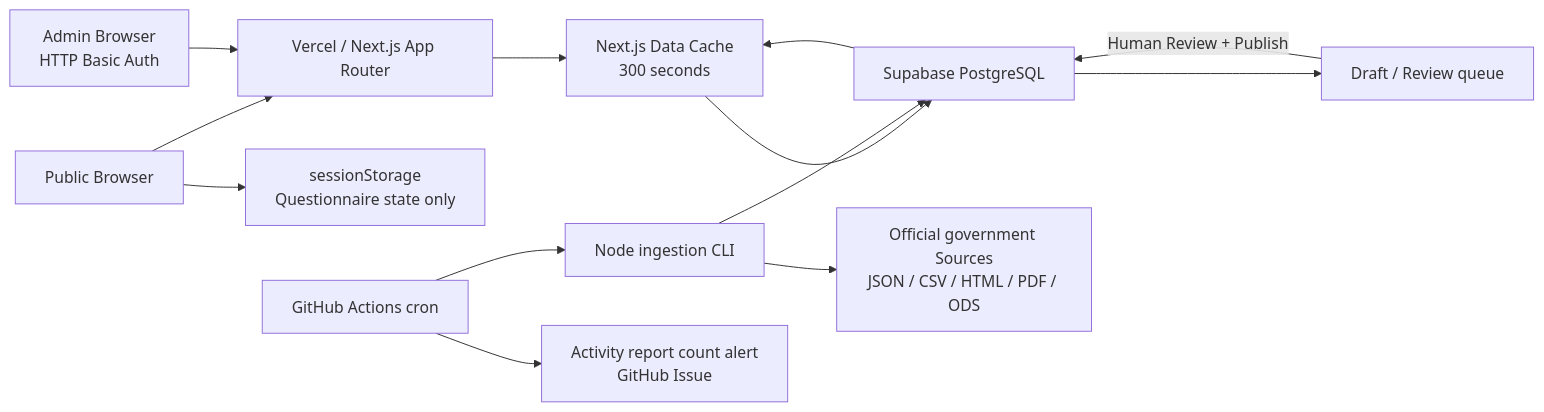
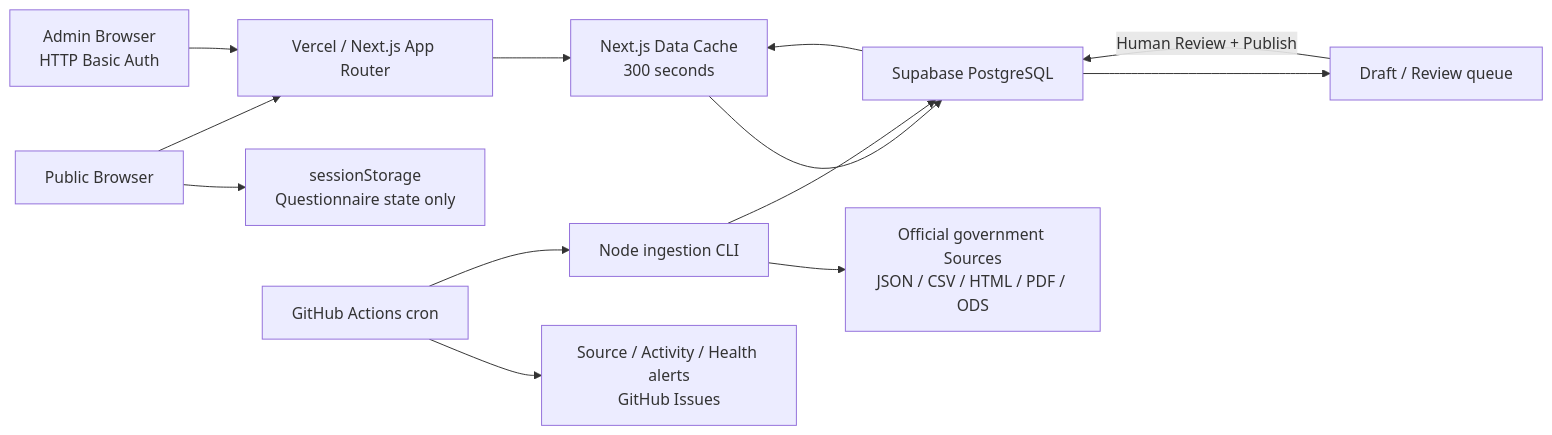
The first of 2 diagrams in docs/ARCHITECTURE.md (des86532/gov-welfare), drawn with Mermaid before and after one commit. The commit also changed other lines of this file and 1 other file, not shown here.

````diff
--- a/docs/ARCHITECTURE.md
+++ b/docs/ARCHITECTURE.md
@@ -36,16 +36,16 @@
 ```mermaid
 flowchart LR
   U["Public Browser"] --> V["Vercel / Next.js App Router"]
   U --> S["sessionStorage\nQuestionnaire state only"]
   V --> C["Next.js Data Cache\n300 seconds"]
   C --> DB["Supabase PostgreSQL"]
   A["Admin Browser\nHTTP Basic Auth"] --> V
 
   G["GitHub Actions cron"] --> CLI["Node ingestion CLI"]
-  G --> N["Activity report count alert\nGitHub Issue"]
+  G --> N["Source / Activity / Health alerts\nGitHub Issues"]
   CLI --> O["Official government Sources\nJSON / CSV / HTML / PDF / ODS"]
   CLI --> DB
   DB --> R["Draft / Review queue"]
   R -->|"Human Review + Publish"| DB
   DB --> C
 ```
````
